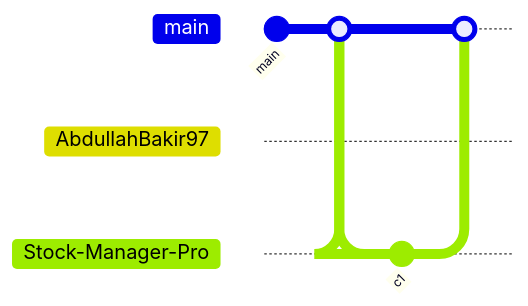
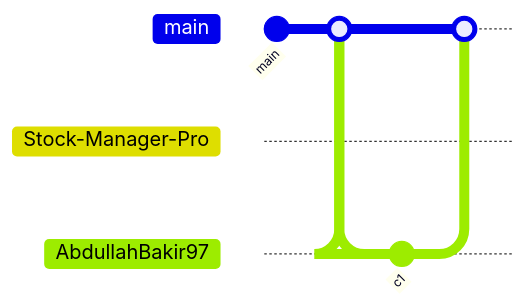
One commit to AbdullahBakir97/AbdullahBakir97 changed the diagram in README.md. Above: the diagram before and after it, drawn with Mermaid. The commit also changed other lines of this file and 5 other files, not shown here.

````diff
--- a/README.md
+++ b/README.md
@@ -336,14 +336,14 @@
 ```mermaid
 gitGraph
    commit id: "main"
+   branch Stock-Manager-Pro
+   checkout Stock-Manager-Pro
+   commit id: "c1"
+   checkout main
+   merge Stock-Manager-Pro
    branch AbdullahBakir97
    checkout AbdullahBakir97
    commit id: "c1"
    checkout main
    merge AbdullahBakir97
-   branch Stock-Manager-Pro
-   checkout Stock-Manager-Pro
-   commit id: "c1"
-   checkout main
-   merge Stock-Manager-Pro
 ```
````
